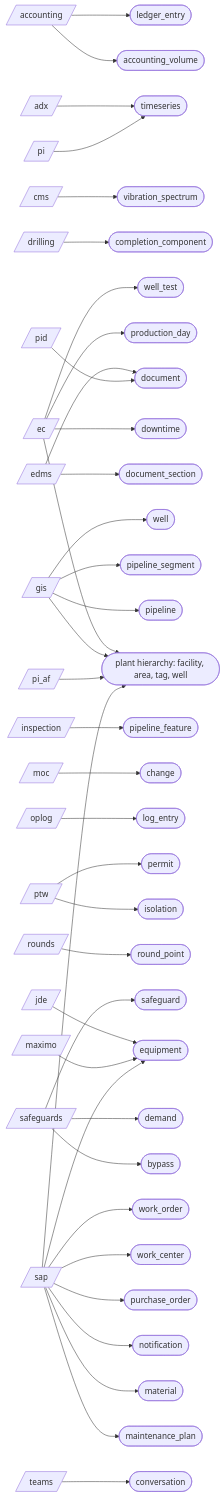
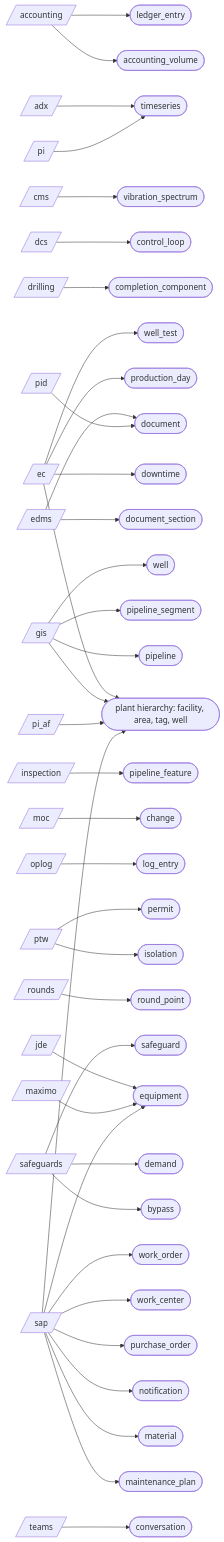
Before and after one commit to areed145/fuzer: the second of 3 diagrams in docs/architecture.md, drawn with Mermaid. The commit also changed other lines of this file and 11 other files, not shown here.

First line of the commit message:
Control loops: setpoint, output and mode on Okan's loops, a DCS loop list, and a loop entity owning its points (#355)

```diff
--- a/docs/architecture.md
+++ b/docs/architecture.md
@@ -82,6 +82,7 @@
   src_accounting[/"accounting"/]
   src_adx[/"adx"/]
   src_cms[/"cms"/]
+  src_dcs[/"dcs"/]
   src_drilling[/"drilling"/]
   src_ec[/"ec"/]
   src_edms[/"edms"/]
@@ -103,6 +104,7 @@
   kind_bypass(["bypass"])
   kind_change(["change"])
   kind_completion_component(["completion_component"])
+  kind_control_loop(["control_loop"])
   kind_conversation(["conversation"])
   kind_demand(["demand"])
   kind_document(["document"])
@@ -134,6 +136,7 @@
   src_accounting --> kind_ledger_entry
   src_adx --> kind_timeseries
   src_cms --> kind_vibration_spectrum
+  src_dcs --> kind_control_loop
   src_drilling --> kind_completion_component
   src_ec --> kind_downtime
   src_ec --> kind_plant_hierarchy__facility__area__tag__well
```
